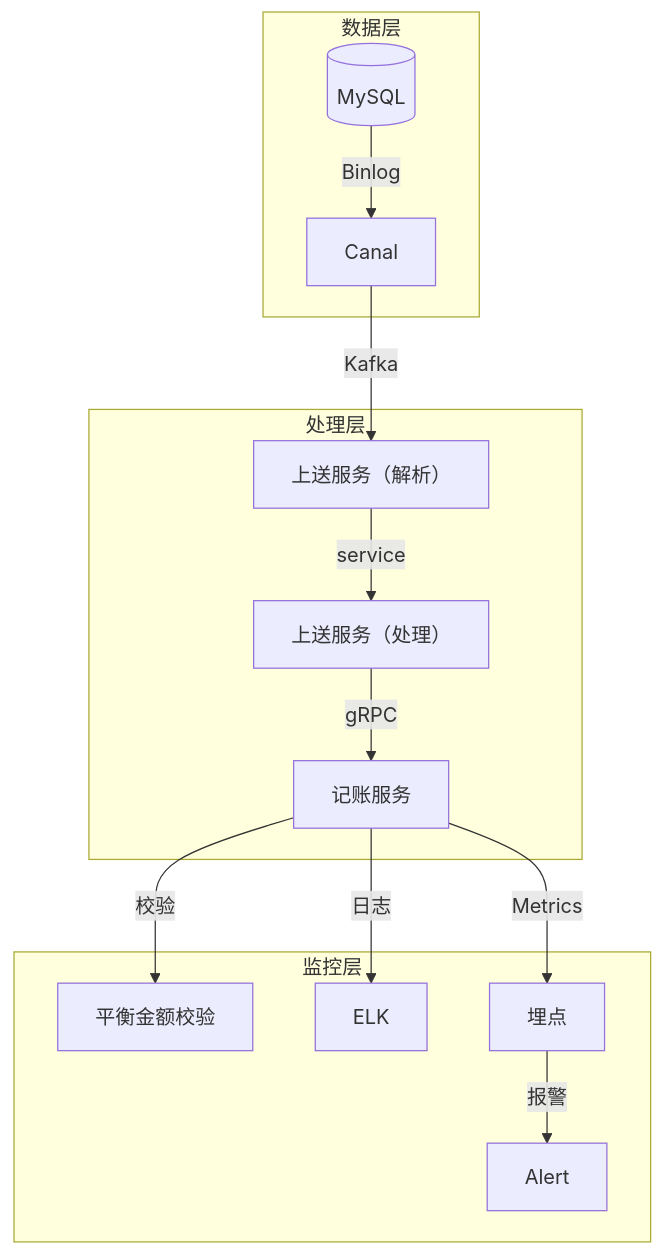
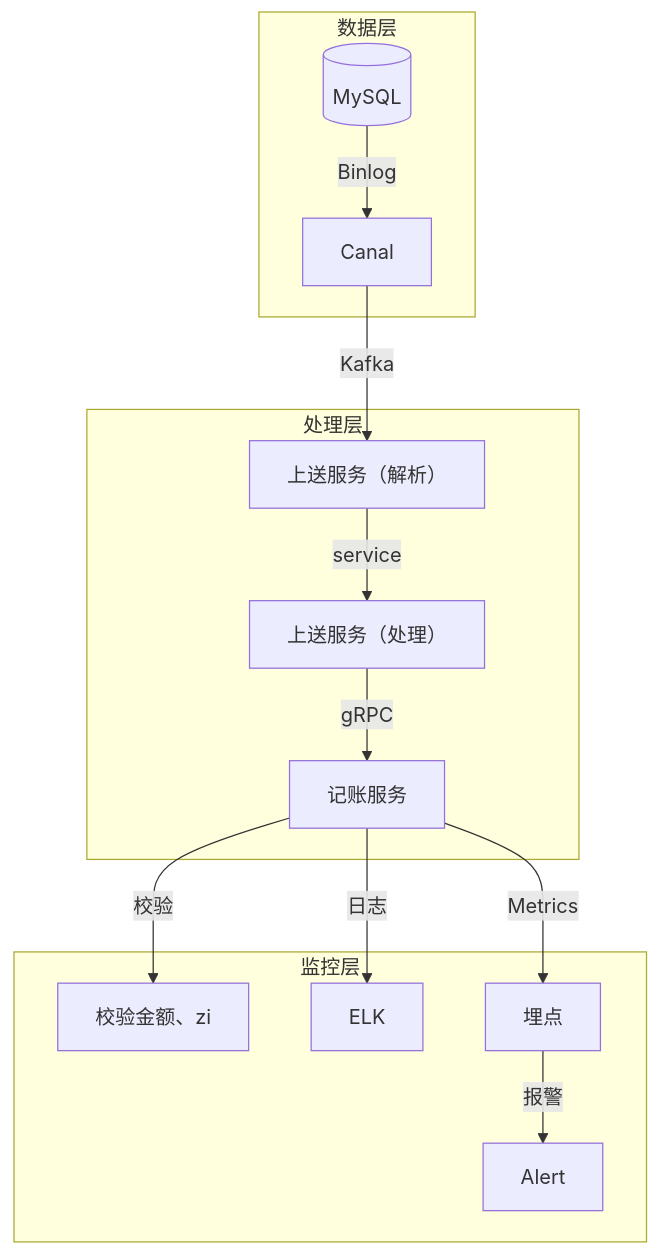
The diagram in all/未命名.md (87828943/iodraw-files), drawn with Mermaid before and after one commit.

Commit message:
2025-07-01 10:46:34 update

````diff
--- a/all/未命名.md
+++ b/all/未命名.md
@@ -1,17 +1,17 @@
 ```mermaid
 graph TB
     subgraph 数据层
         DB[(MySQL)] -->|Binlog| Canal
     end
     subgraph 处理层
         Canal -->|Kafka| Parser[上送服务（解析）]
         Parser -->|service| Engine[上送服务（处理）]
         Engine -->|gRPC| Accounting[记账服务]
     end
     subgraph 监控层
-        Accounting --> |校验|jiaoyan[平衡金额校验]
+        Accounting --> |校验|jiaoyan[校验金额、zi]
         Accounting -->|日志| ELK
         Accounting -->|Metrics| 埋点
         埋点 -->|报警| Alert
     end
 ```
````
